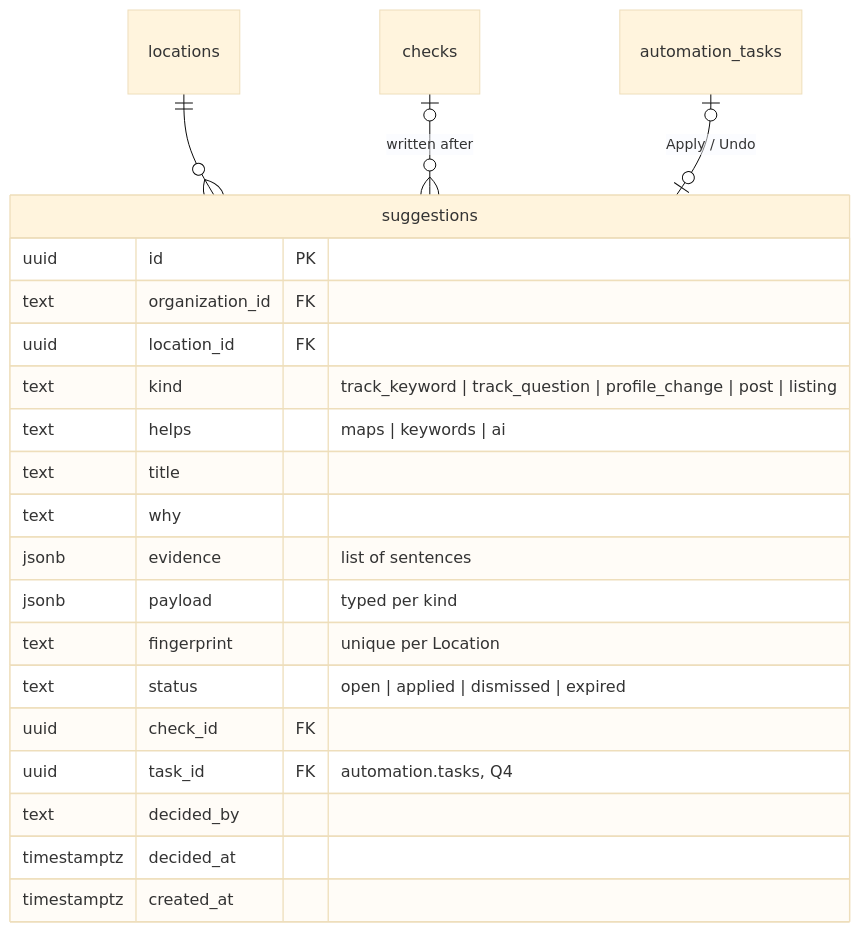
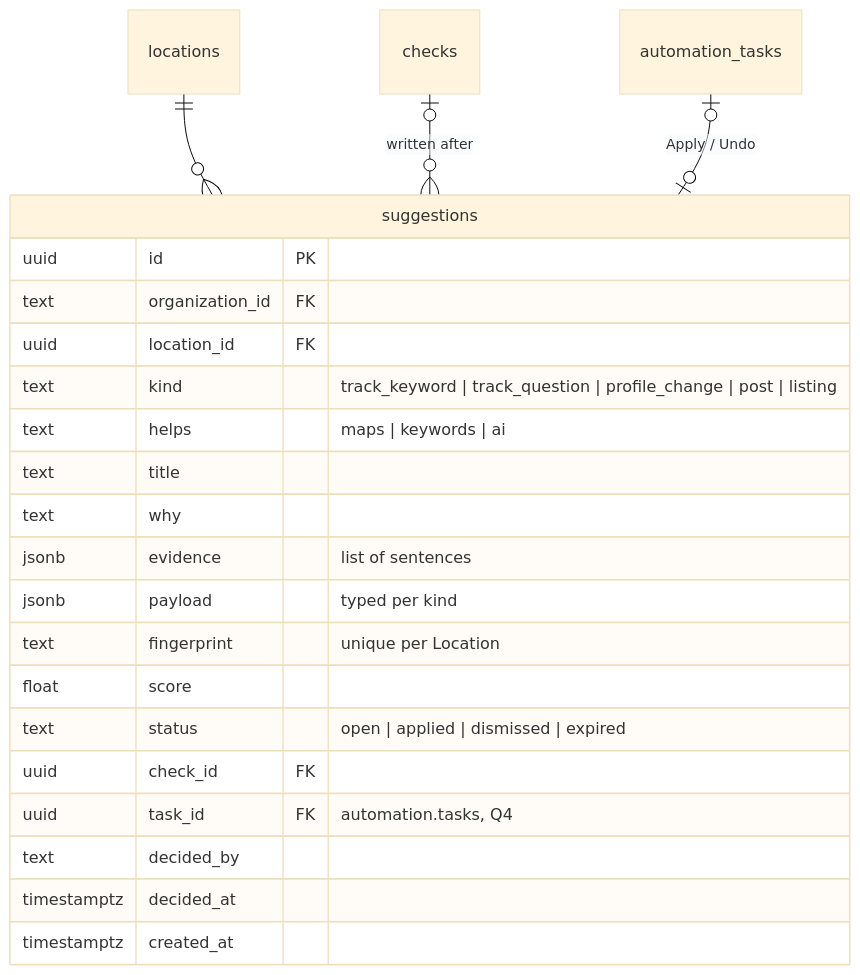
One commit to azizali/openmarko changed the eighth of 9 diagrams in docs/features/seo/data-model.md. Above: the diagram before and after it, drawn with Mermaid (base theme). The commit also changed other lines of this file and 54 other files, not shown here.

````diff
--- a/docs/features/seo/data-model.md
+++ b/docs/features/seo/data-model.md
@@ -365,25 +381,26 @@
 ```mermaid
 erDiagram
     locations ||--o{ suggestions : ""
     checks |o--o{ suggestions : "written after"
     automation_tasks |o--o| suggestions : "Apply / Undo"
 
     suggestions {
         uuid id PK
         text organization_id FK
         uuid location_id FK
         text kind "track_keyword | track_question | profile_change | post | listing"
         text helps "maps | keywords | ai"
         text title
         text why
         jsonb evidence "list of sentences"
         jsonb payload "typed per kind"
         text fingerprint "unique per Location"
+        float score
         text status "open | applied | dismissed | expired"
         uuid check_id FK
         uuid task_id FK "automation.tasks, Q4"
         text decided_by
         timestamptz decided_at
         timestamptz created_at
     }
 ```
````
